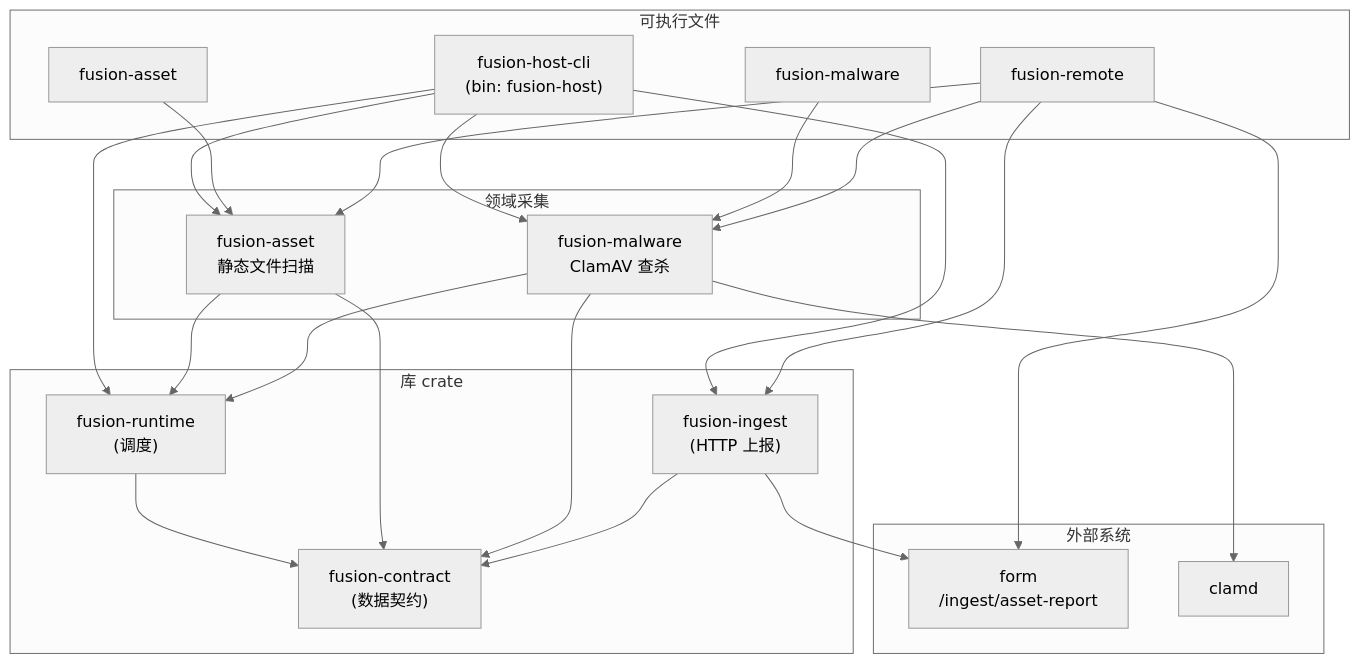
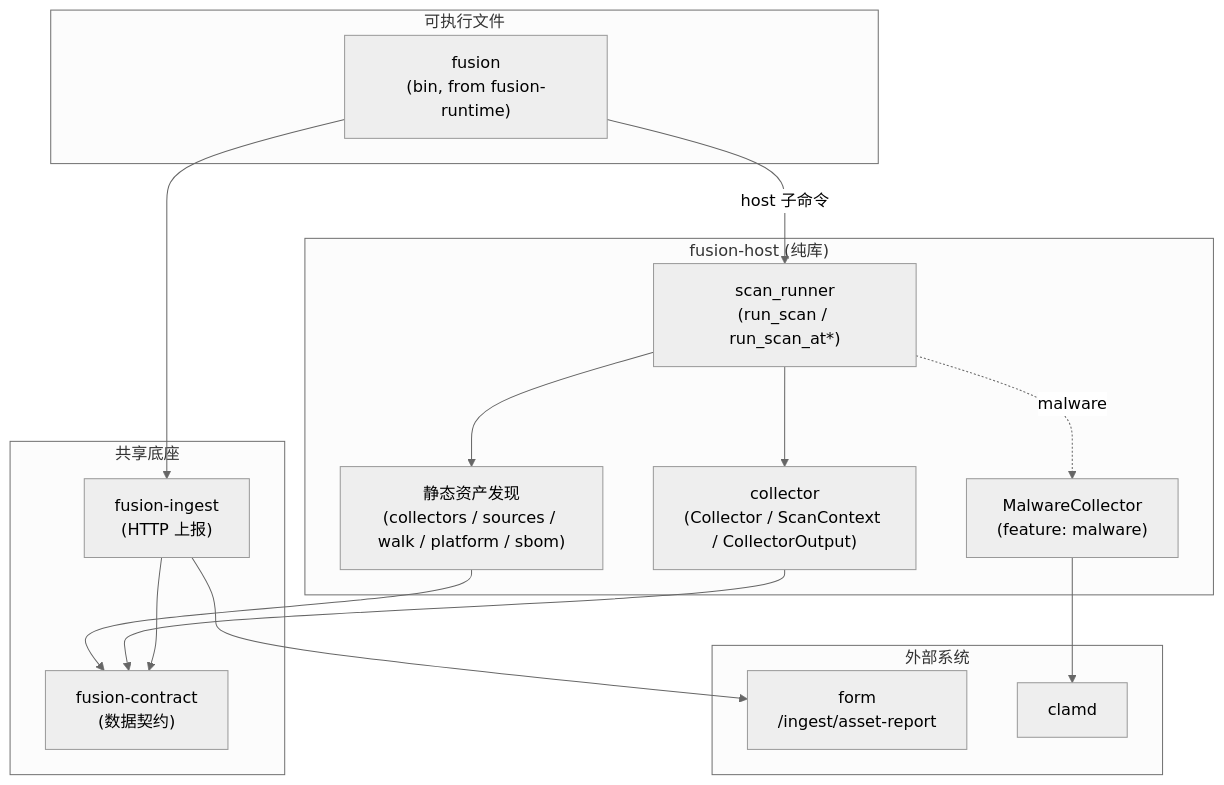
Before and after one commit to jinziyou/kcatta: the first of 2 diagrams in fusion/docs/ARCHITECTURE.md, drawn with Mermaid (neutral theme). The commit also changed other lines of this file and 147 other files, not shown here.

First line of the commit message:
refactor(fusion+form): 按职责扁平化 fusion 为 5 crate + 远端部署上移到 form

````diff
--- a/fusion/docs/ARCHITECTURE.md
+++ b/fusion/docs/ARCHITECTURE.md
@@ -50,46 +57,34 @@
 ```mermaid
 flowchart TB
-    subgraph binaries["可执行文件"]
-        CLI["fusion-host-cli<br/>(bin: fusion-host)"]
-        ASSET["fusion-asset"]
-        MAL["fusion-malware"]
-        REM["fusion-remote"]
+    subgraph binary["可执行文件"]
+        FUSION["fusion<br/>(bin, from fusion-runtime)"]
     end
 
-    subgraph libs["库 crate"]
-        RT["fusion-runtime<br/>(调度)"]
+    subgraph hostlib["fusion-host (纯库)"]
+        SCAN["scan_runner<br/>(run_scan / run_scan_at*)"]
+        COL["collector<br/>(Collector / ScanContext / CollectorOutput)"]
+        DISC["静态资产发现<br/>(collectors / sources / walk / platform / sbom)"]
+        MAL["MalwareCollector<br/>(feature: malware)"]
+    end
+
+    subgraph shared["共享底座"]
         CONTRACT["fusion-contract<br/>(数据契约)"]
         INGEST["fusion-ingest<br/>(HTTP 上报)"]
-    end
-
-    subgraph domain["领域采集"]
-        A["fusion-asset<br/>静态文件扫描"]
-        M["fusion-malware<br/>ClamAV 查杀"]
     end
 
     subgraph external["外部系统"]
         FORM["form<br/>/ingest/asset-report"]
         CLAMD["clamd"]
     end
 
-    CLI --> RT
-    CLI --> A
-    CLI --> M
-    CLI --> INGEST
-    ASSET --> A
-    MAL --> M
-    REM --> A
-    REM --> M
-    REM --> INGEST
-
-    RT --> CONTRACT
-    A --> RT
-    A --> CONTRACT
-    M --> RT
-    M --> CONTRACT
+    FUSION -->|host 子命令| SCAN
+    FUSION --> INGEST
+    SCAN --> COL
+    SCAN --> DISC
+    SCAN -. malware .-> MAL
+    DISC --> CONTRACT
+    COL --> CONTRACT
+    MAL --> CLAMD
     INGEST --> CONTRACT
-
-    M --> CLAMD
     INGEST --> FORM
-    REM --> FORM
 ```
````
